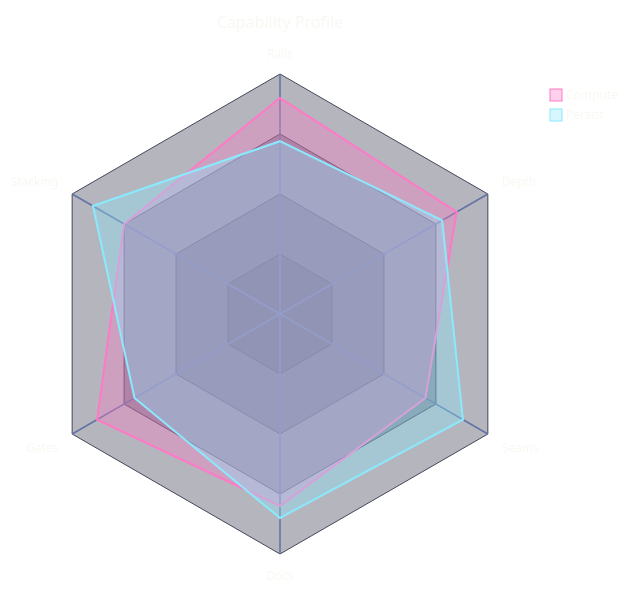
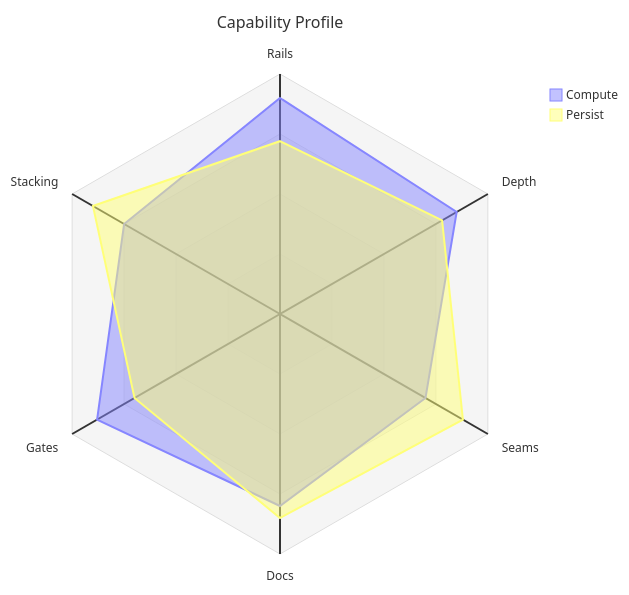
The diagram in .claude/skills/mermaid-diagramming/templates/profile.mmd.md (bsamiee/Rasm), drawn with Mermaid before and after one commit. The commit also changed other lines of this file and 28 other files, not shown here.

Commit message:
skills(docgen+mermaid): payload-only diagram law — docgen gate/fixer strips fence styling; mermaid bundle sheds the styling canon, theming survives as one opt-in reference

````diff
--- a/.claude/skills/mermaid-diagramming/templates/profile.mmd.md
+++ b/.claude/skills/mermaid-diagramming/templates/profile.mmd.md
@@ -5,43 +5,24 @@
 ```mermaid
 ---
 config:
-  theme: base
-  look: classic
   radar:
     width: 480
     height: 480
     marginLeft: 120
     marginRight: 120
     marginTop: 60
     marginBottom: 60
-  themeVariables:
-    darkMode: true
-    fontFamily: "SF Mono, Menlo, Cascadia Mono, Segoe UI Mono, Consolas, monospace"
-    useGradient: false
-    dropShadow: "none"
-    textColor: "#F8F8F2"
-    titleColor: "#F8F8F2"
-    cScale0: "#FF79C6"
-    cScale1: "#8BE9FD"
-    cScale2: "#50FA7B"
-    radar:
-      axisColor: "#6272A4"
-      axisStrokeWidth: 1.5
-      graticuleColor: "#44475A"
-      graticuleOpacity: 0.4
-      curveOpacity: 0.35
-      curveStrokeWidth: 2
 ---
 radar-beta
   accTitle: Package capability profile
   accDescr: The compute kernel and persistence layer compared across six capability axes scored from the corpus audit on the 0-100 band.
   title Capability Profile
   axis rails["Rails"], depth["Depth"], seams["Seams"], docs["Docs"], gates["Gates"], stack["Stacking"]
   curve compute["Compute"]{ rails: 90, depth: 85, seams: 70, docs: 80, gates: 88, stack: 75 }
   curve persist["Persist"]{ rails: 72, depth: 78, seams: 88, docs: 85, gates: 70, stack: 90 }
   showLegend true
   graticule polygon
   ticks 4
   max 100
   min 0
 ```
````
